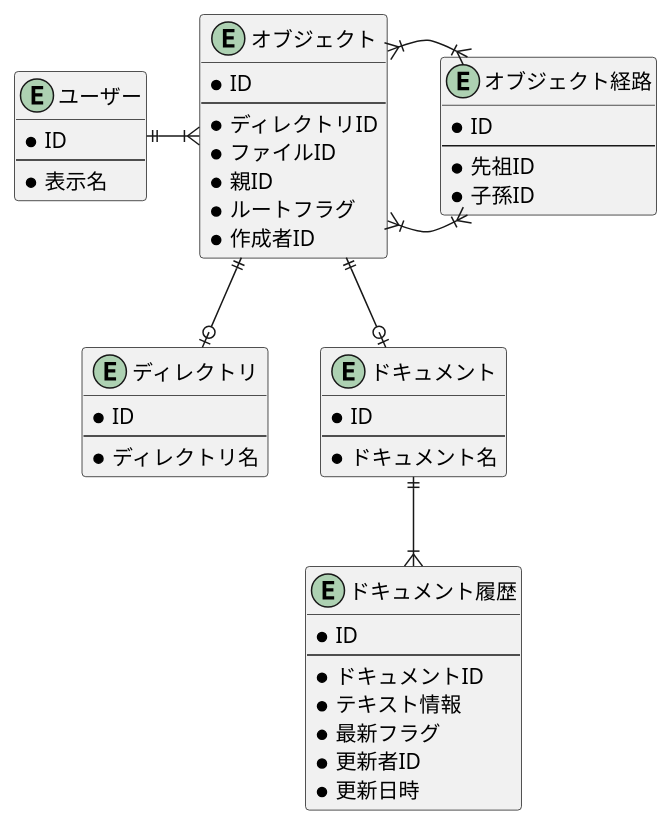
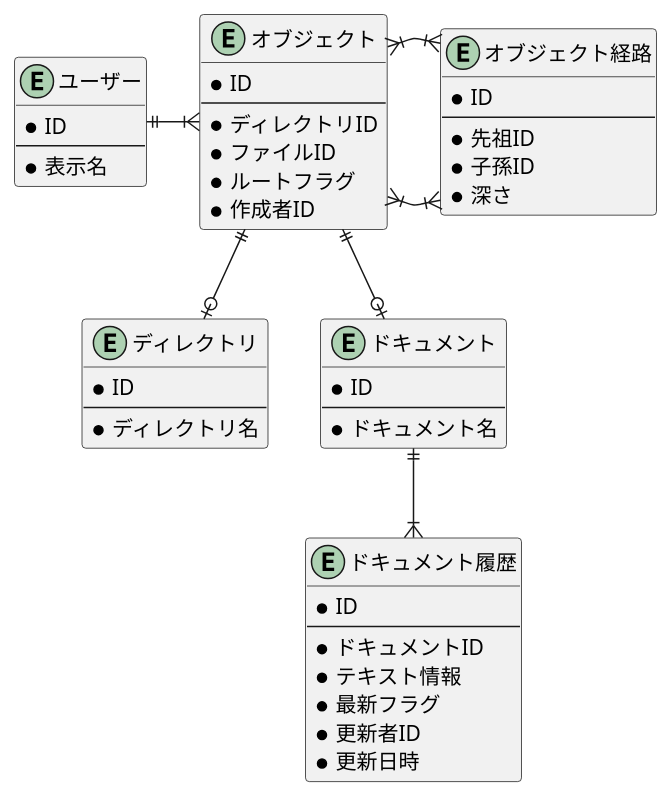
One commit to yudai64/PrAha-Challenge changed the diagram in DB/03/work/ER.puml. Above: the diagram before and after it, drawn with PlantUML. The commit also changed 1 other file, not shown here.

```diff
--- a/DB/03/work/ER.puml
+++ b/DB/03/work/ER.puml
@@ -1,55 +1,55 @@
 @startuml
 
 entity "ユーザー" {
     *ID
     --
     *表示名
 }
 
 entity "オブジェクト" {
     *ID
     --
     *ディレクトリID
     *ファイルID
-    *親ID
     *ルートフラグ
     *作成者ID
 }
 
 entity "ディレクトリ" {
     *ID
     --
     *ディレクトリ名
 }
 
 entity "ドキュメント" {
     *ID
     --
     *ドキュメント名
 }
 
 entity "ドキュメント履歴" {
     *ID
     --
     *ドキュメントID
     *テキスト情報
     *最新フラグ
     *更新者ID
     *更新日時
 }
 
 entity "オブジェクト経路" {
     *ID
     --
     *先祖ID
     *子孫ID
+    *深さ
 }
 
 ユーザー ||-r-|{ オブジェクト
 オブジェクト ||-d-o| ドキュメント
 オブジェクト ||-d-o| ディレクトリ
 オブジェクト }|-r-|{ オブジェクト経路
 オブジェクト }|-r-|{ オブジェクト経路
 ドキュメント ||-d-|{ ドキュメント履歴
 
 @enduml
```
